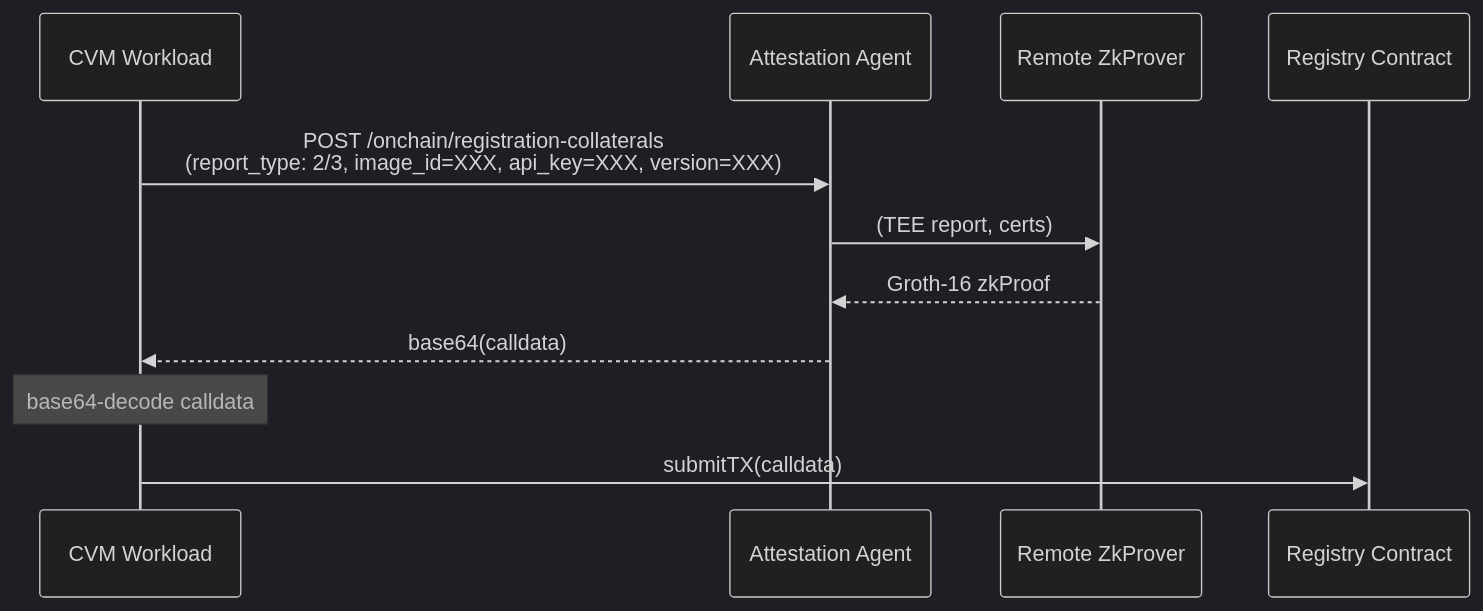
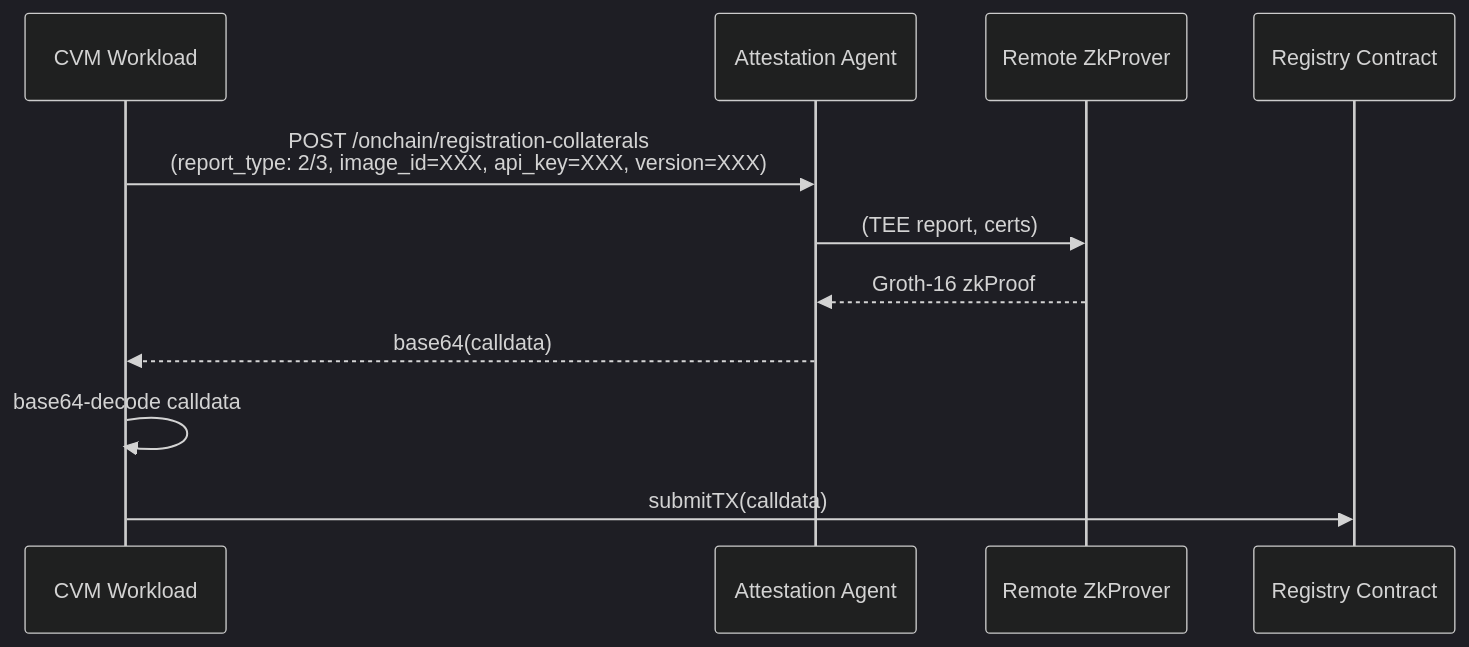
One commit to nuconstruct-ltd/automata-linux changed the third of 6 diagrams in docs/onchain-workflows.md. Above: the diagram before and after it, drawn with Mermaid (dark theme). The commit also changed other lines of this file and 1 other file, not shown here.

````diff
--- a/docs/onchain-workflows.md
+++ b/docs/onchain-workflows.md
@@ -46,14 +46,14 @@
 ```mermaid
 sequenceDiagram
     participant CVM as CVM Workload
     participant AA as Attestation Agent
     participant PP as Remote ZkProver
     participant RC as Registry Contract
 
     CVM->>AA: POST /onchain/registration-collaterals <br/> (report_type: 2/3, image_id=XXX, api_key=XXX, version=XXX)
     AA->>PP: (TEE report, certs)
     PP-->>AA: Groth-16 zkProof
     AA-->>CVM: base64(calldata)
-    note over CVM: base64-decode calldata
+    CVM->>CVM: base64-decode calldata
     CVM->>RC: submitTX(calldata)
 ```
````
